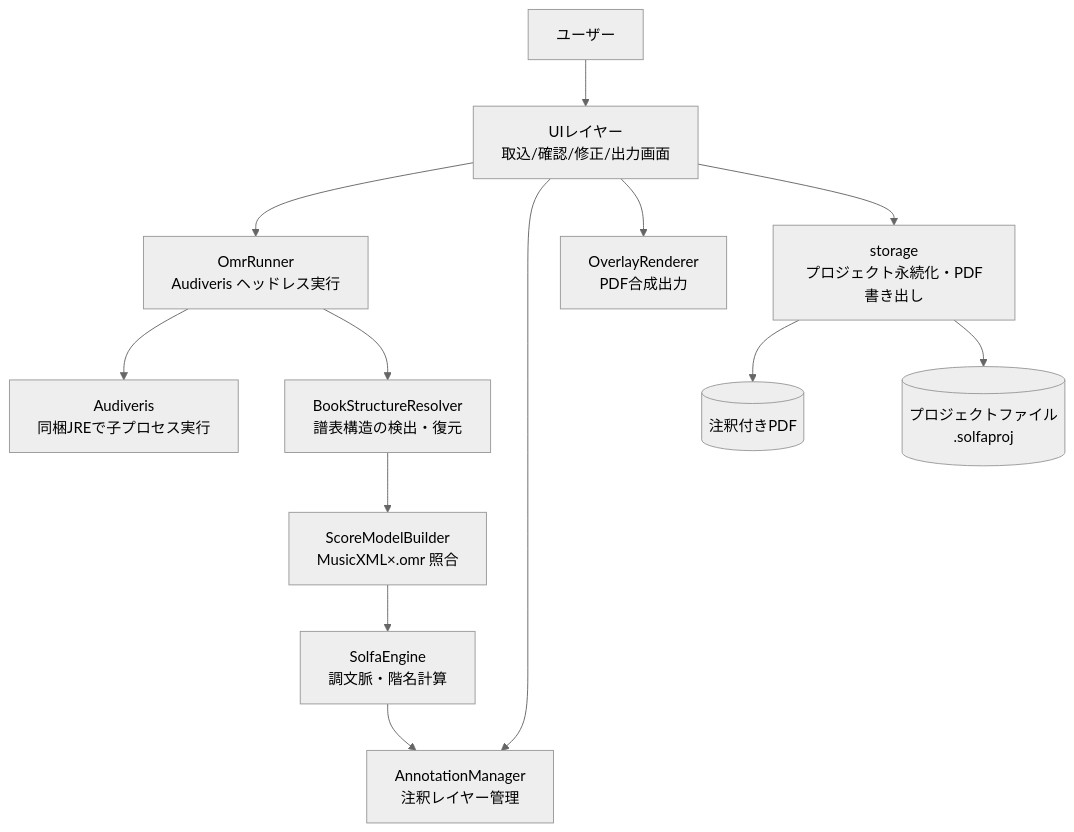
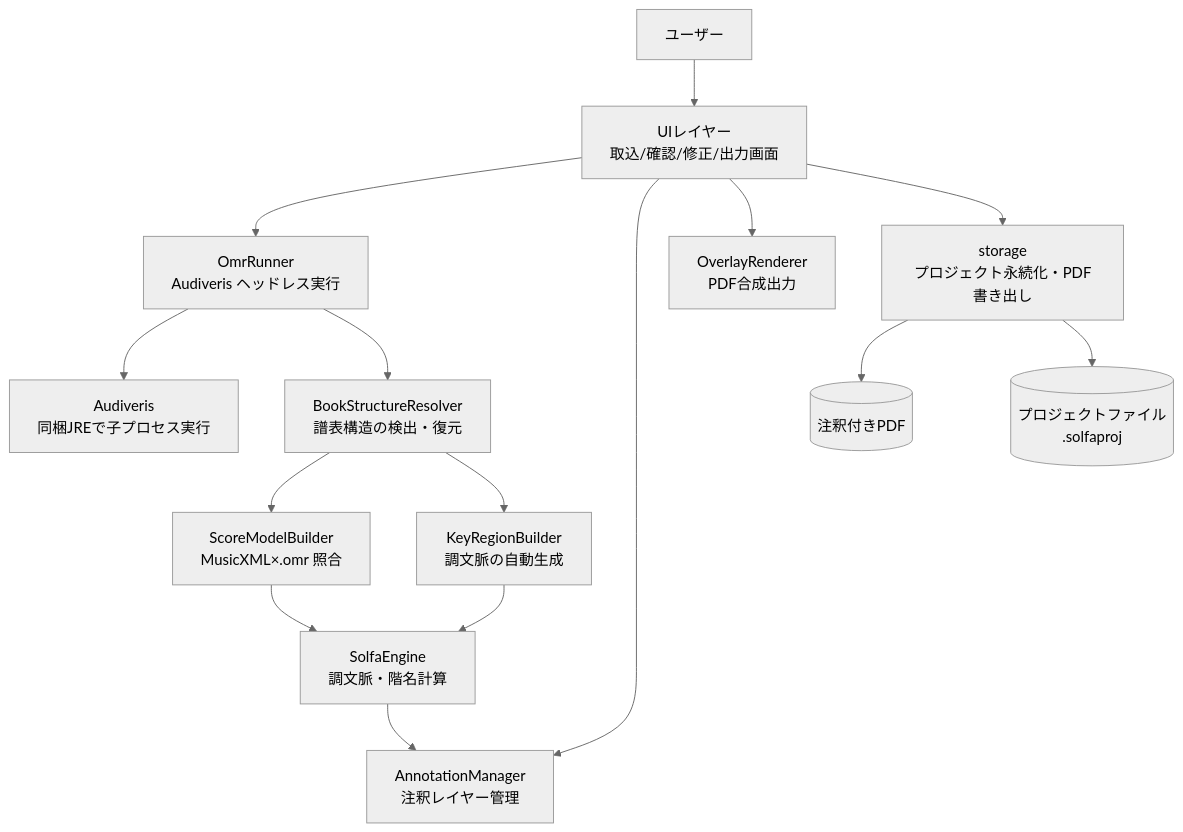
One commit to ntnamazu/solfa-overlay changed the first of 4 diagrams in docs/functional-design.md. Above: the diagram before and after it, drawn with Mermaid (neutral theme). The commit also changed other lines of this file and 20 other files, not shown here.

````diff
--- a/docs/functional-design.md
+++ b/docs/functional-design.md
@@ -11,28 +11,31 @@
 ```mermaid
 graph TB
     User[ユーザー]
     UI[UIレイヤー<br>取込/確認/修正/出力画面]
     OmrRunner[OmrRunner<br>Audiveris ヘッドレス実行]
     BookResolver[BookStructureResolver<br>譜表構造の検出・復元]
     ScoreBuilder[ScoreModelBuilder<br>MusicXML×.omr 照合]
+    KeyBuilder[KeyRegionBuilder<br>調文脈の自動生成]
     SolfaEngine[SolfaEngine<br>調文脈・階名計算]
     AnnotMgr[AnnotationManager<br>注釈レイヤー管理]
     Renderer[OverlayRenderer<br>PDF合成出力]
     Store[storage<br>プロジェクト永続化・PDF書き出し]
     Audiveris[Audiveris<br>同梱JREで子プロセス実行]
     Files[(プロジェクトファイル<br>.solfaproj)]
     OutPdf[(注釈付きPDF)]
 
     User --> UI
     UI --> OmrRunner
     UI --> AnnotMgr
     UI --> Renderer
     OmrRunner --> Audiveris
     OmrRunner --> BookResolver
     BookResolver --> ScoreBuilder
+    BookResolver --> KeyBuilder
+    KeyBuilder --> SolfaEngine
     ScoreBuilder --> SolfaEngine
     SolfaEngine --> AnnotMgr
     UI --> Store
     Store --> OutPdf
     Store --> Files
 ```
````
